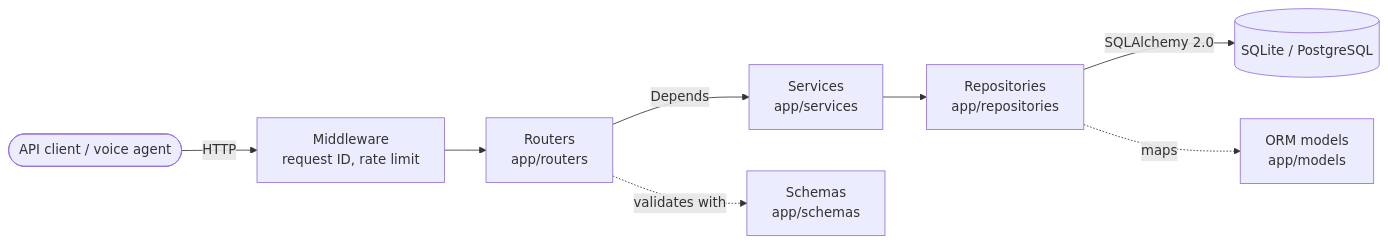
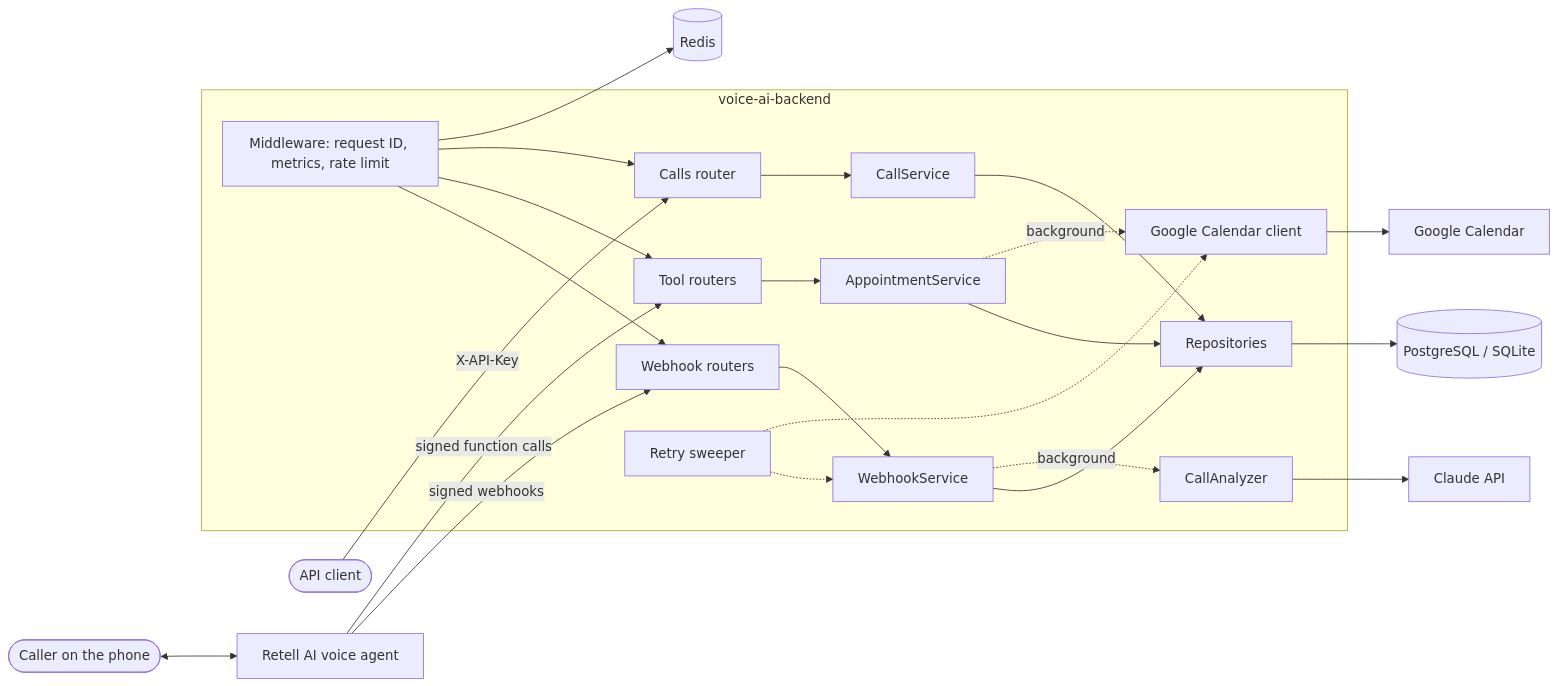
Before and after one commit to Abhi291712/Abhi291712: the first of 2 diagrams in README.md, drawn with Mermaid. The commit also changed other lines of this file and 21 other files, not shown here.

````diff
--- a/README.md
+++ b/README.md
@@ -27,10 +35,23 @@
 ```mermaid
 flowchart LR
-    Client([API client / voice agent]) -->|HTTP| MW[Middleware<br/>request ID, rate limit]
-    MW --> R[Routers<br/>app/routers]
-    R -->|Depends| S[Services<br/>app/services]
-    S --> Repo[Repositories<br/>app/repositories]
-    Repo -->|SQLAlchemy 2.0| DB[(SQLite / PostgreSQL)]
-    R -.validates with.-> Sch[Schemas<br/>app/schemas]
-    Repo -.maps.-> M[ORM models<br/>app/models]
+    Caller([Caller on the phone]) <--> Retell[Retell AI voice agent]
+    Retell -->|signed webhooks| WH[Webhook routers]
+    Retell -->|signed function calls| TR[Tool routers]
+    Client([API client]) -->|X-API-Key| CR[Calls router]
+
+    subgraph voice-ai-backend
+      MW[Middleware: request ID, metrics, rate limit] --> WH & TR & CR
+      WH --> WS[WebhookService]
+      TR --> AS[AppointmentService]
+      CR --> CS[CallService]
+      WS & AS & CS --> Repo[Repositories]
+      WS -.background.-> LLM[CallAnalyzer]
+      AS -.background.-> Cal[Google Calendar client]
+      Sweeper[Retry sweeper] -.-> WS & Cal
+    end
+
+    Repo --> DB[(PostgreSQL / SQLite)]
+    MW --> Redis[(Redis)]
+    LLM --> Claude[Claude API]
+    Cal --> GCal[Google Calendar]
 ```
````
